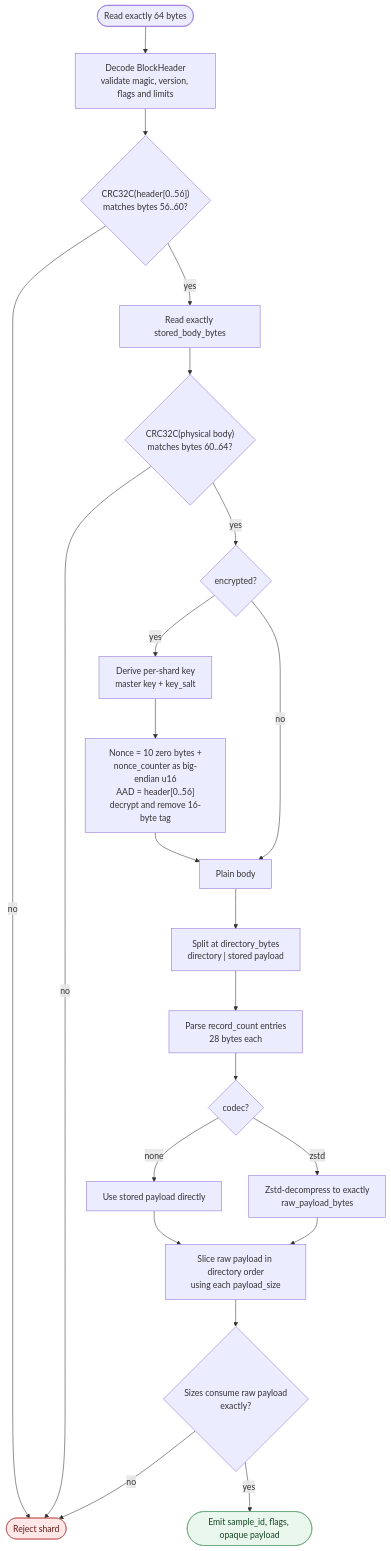
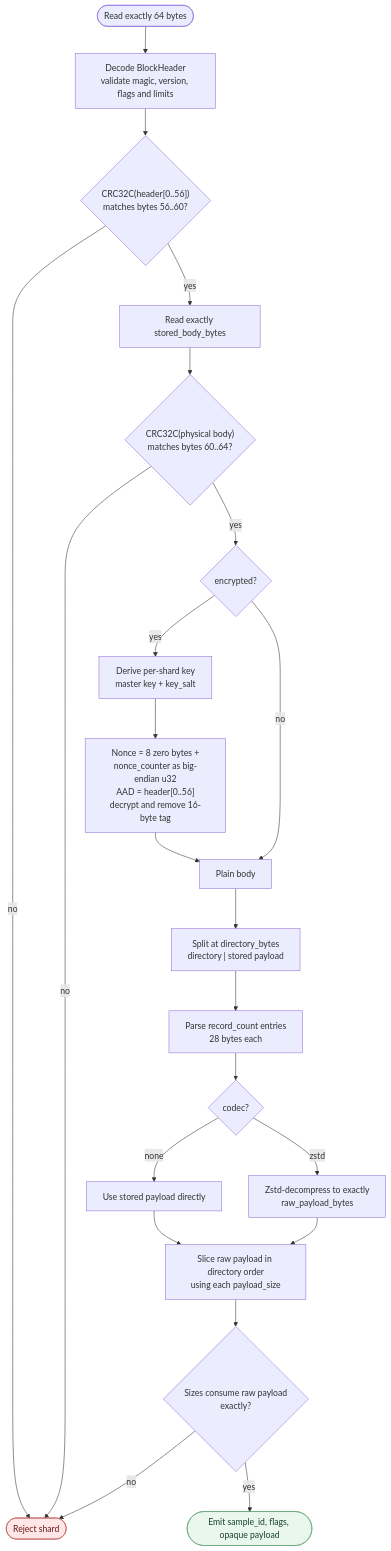
The third of 4 diagrams in docs/spk-parsing.md (SunDoge/shardpack), drawn with Mermaid before and after one commit. The commit also changed other lines of this file and 11 other files, not shown here.

````diff
--- a/docs/spk-parsing.md
+++ b/docs/spk-parsing.md
@@ -75,39 +75,39 @@
 ```mermaid
 flowchart TD
     start(["Read exactly 64 bytes"])
     header["Decode BlockHeader<br/>validate magic, version, flags and limits"]
     hcrc{"CRC32C(header[0..56])<br/>matches bytes 56..60?"}
     readbody["Read exactly stored_body_bytes"]
     bcrc{"CRC32C(physical body)<br/>matches bytes 60..64?"}
     derive["Derive per-shard key<br/>master key + key_salt"]
-    decrypt["Nonce = 10 zero bytes +<br/>nonce_counter as big-endian u16<br/>AAD = header[0..56]<br/>decrypt and remove 16-byte tag"]
+    decrypt["Nonce = 8 zero bytes +<br/>nonce_counter as big-endian u32<br/>AAD = header[0..56]<br/>decrypt and remove 16-byte tag"]
     plain["Plain body"]
     split["Split at directory_bytes<br/>directory | stored payload"]
     directory["Parse record_count entries<br/>28 bytes each"]
     codec{"codec?"}
     none["Use stored payload directly"]
     zstd["Zstd-decompress to exactly<br/>raw_payload_bytes"]
     records["Slice raw payload in directory order<br/>using each payload_size"]
     exact{"Sizes consume raw payload<br/>exactly?"}
     emit(["Emit sample_id, flags, opaque payload"])
     fail(["Reject shard"])
 
     start --> header --> hcrc
     hcrc -- no --> fail
     hcrc -- yes --> readbody --> bcrc
     bcrc -- no --> fail
     bcrc -- yes --> encrypted2{"encrypted?"}
     encrypted2 -- yes --> derive --> decrypt --> plain
     encrypted2 -- no --> plain
     plain --> split --> directory --> codec
     codec -- none --> none --> records
     codec -- zstd --> zstd --> records
     records --> exact
     exact -- no --> fail
     exact -- yes --> emit
 
     classDef failure fill:#ffe7e7,color:#681b1b,stroke:#bd5555;
     classDef output fill:#e9f7ed,color:#164426,stroke:#62a276;
     class fail failure;
     class emit output;
 ```
````
